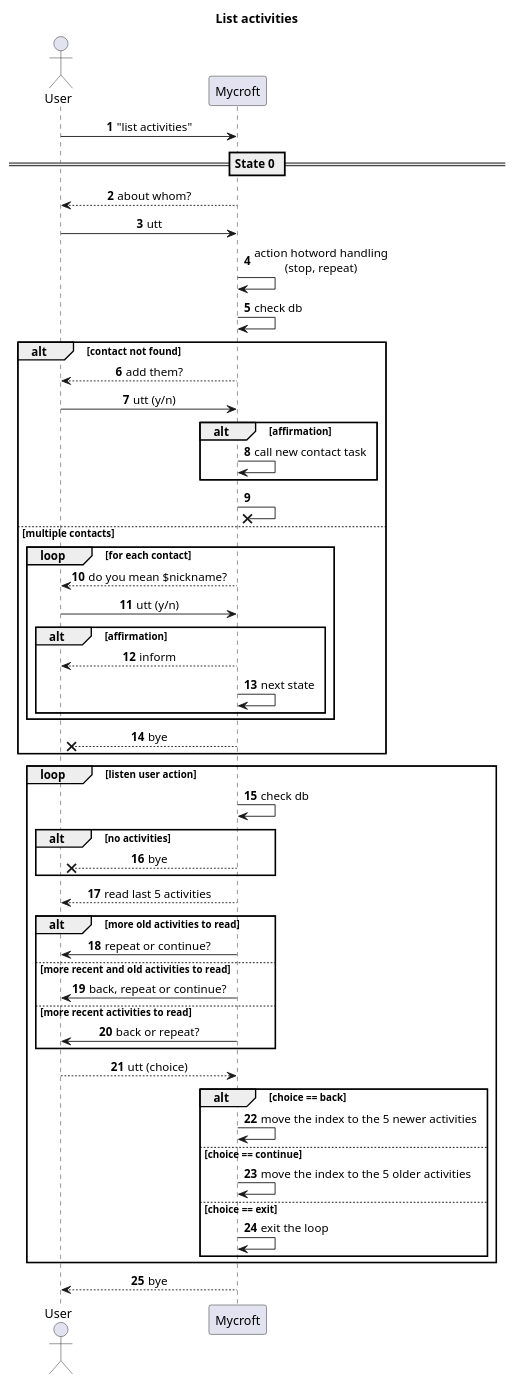
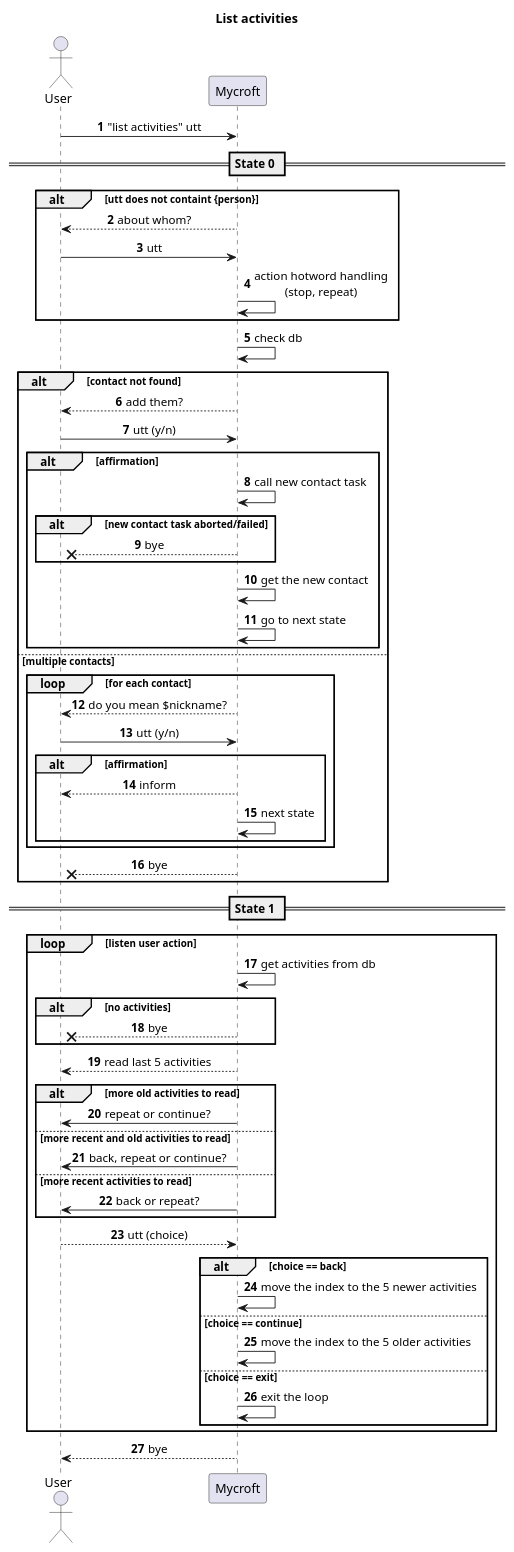
Before and after one commit to davquar/VoiceCRM: the diagram in docs/list-activities.puml, drawn with PlantUML. The commit also changed 3 other files, not shown here.

Commit message:
Update diagrams in the 2nd iteration

```diff
--- a/docs/list-activities.puml
+++ b/docs/list-activities.puml
@@ -1,65 +1,73 @@
 @startuml list activities
 skinparam SequenceMessageAlignment center
 autonumber
 
 title List activities
 
 actor User as u
 participant Mycroft as m
 
-u -> m: "list activities"
+u -> m: "list activities" utt
 
 == State 0 ==
-m --> u: about whom?
-u -> m: utt
-m -> m: action hotword handling\n(stop, repeat)
+alt utt does not containt {person}
+    m --> u: about whom?
+    u -> m: utt
+    m -> m: action hotword handling\n(stop, repeat)
+end
 
 m -> m: check db
 
 alt contact not found
     m --> u: add them?
     u -> m: utt (y/n)
     alt affirmation
         m -> m: call new contact task
+        alt new contact task aborted/failed
+            m --x u: bye
+        end
+        m -> m: get the new contact
+        m -> m: go to next state
     end
-    m -x m
 else multiple contacts
     loop for each contact
         m --> u: do you mean $nickname?
         u -> m: utt (y/n)
         alt affirmation
             m --> u: inform
             m -> m: next state
         end
     end
 m --x u: bye
 end
 
+== State 1 ==
+
 loop listen user action
-    m -> m: check db
+    m -> m: get activities from db
     alt no activities
         m --x u: bye
     end 
     
     m --> u: read last 5 activities
     alt more old activities to read
         m -> u: repeat or continue?
     else more recent and old activities to read
         m -> u: back, repeat or continue?
     else more recent activities to read
         m -> u: back or repeat?
     end
     
     u --> m: utt (choice)
     alt choice == back
         m -> m: move the index to the 5 newer activities
     else choice == continue
         m -> m: move the index to the 5 older activities
     else choice == exit
         m -> m: exit the loop
     end
 end
 
 m --> u: bye
 
 @enduml
```
